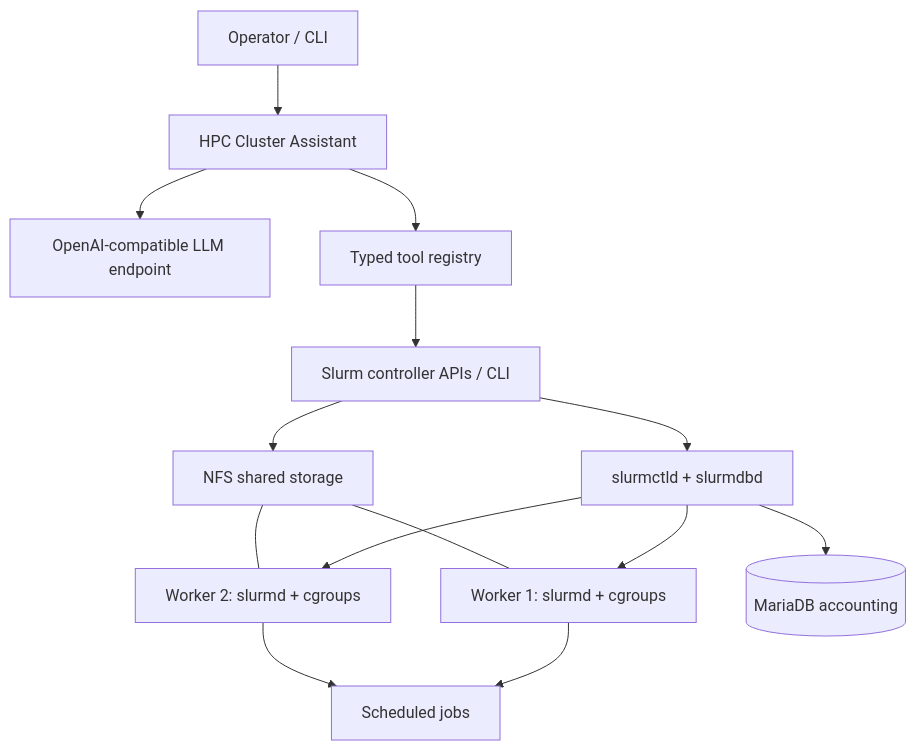
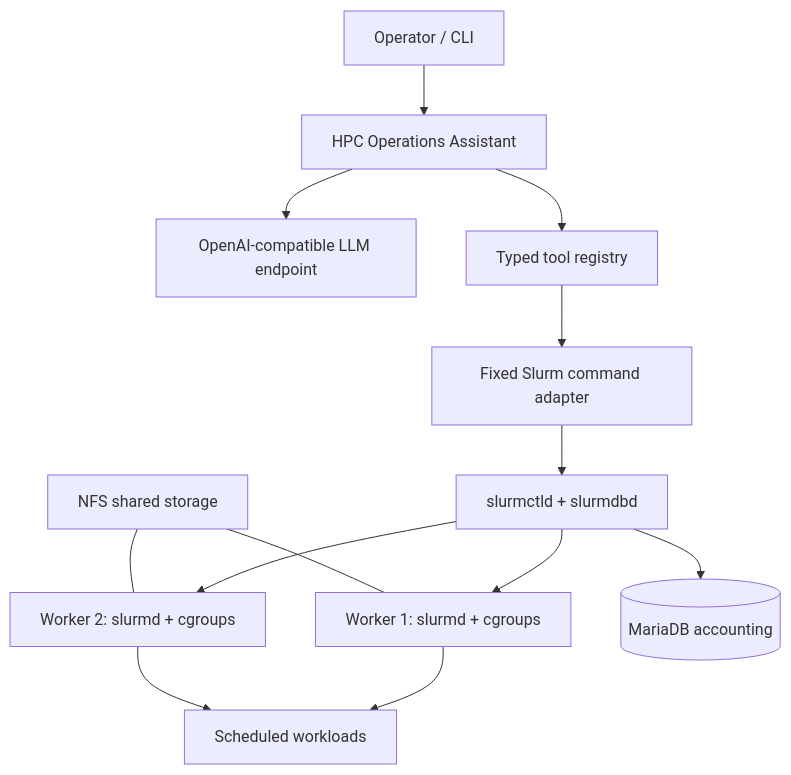
The diagram in README.md (shayan878/intelligent-hpc-operations), drawn with Mermaid before and after one commit. The commit also changed other lines of this file and 17 other files, not shown here.

````diff
--- a/README.md
+++ b/README.md
@@ -45,16 +45,15 @@
 ```mermaid
 flowchart TB
-    OP[Operator / CLI] --> BOT[HPC Cluster Assistant]
+    OP[Operator / CLI] --> BOT[HPC Operations Assistant]
     BOT --> API[OpenAI-compatible LLM endpoint]
     BOT --> TOOLS[Typed tool registry]
-    TOOLS --> CTRL[Slurm controller APIs / CLI]
+    TOOLS --> CTRL[Fixed Slurm command adapter]
     CTRL --> SCHED[slurmctld + slurmdbd]
-    CTRL --> NFS[NFS shared storage]
     SCHED --> W1[Worker 1: slurmd + cgroups]
     SCHED --> W2[Worker 2: slurmd + cgroups]
-    NFS --- W1
+    NFS[NFS shared storage] --- W1
     NFS --- W2
-    W1 --> JOBS[Scheduled jobs]
+    W1 --> JOBS[Scheduled workloads]
     W2 --> JOBS
     SCHED --> DB[(MariaDB accounting)]
 ```
````
